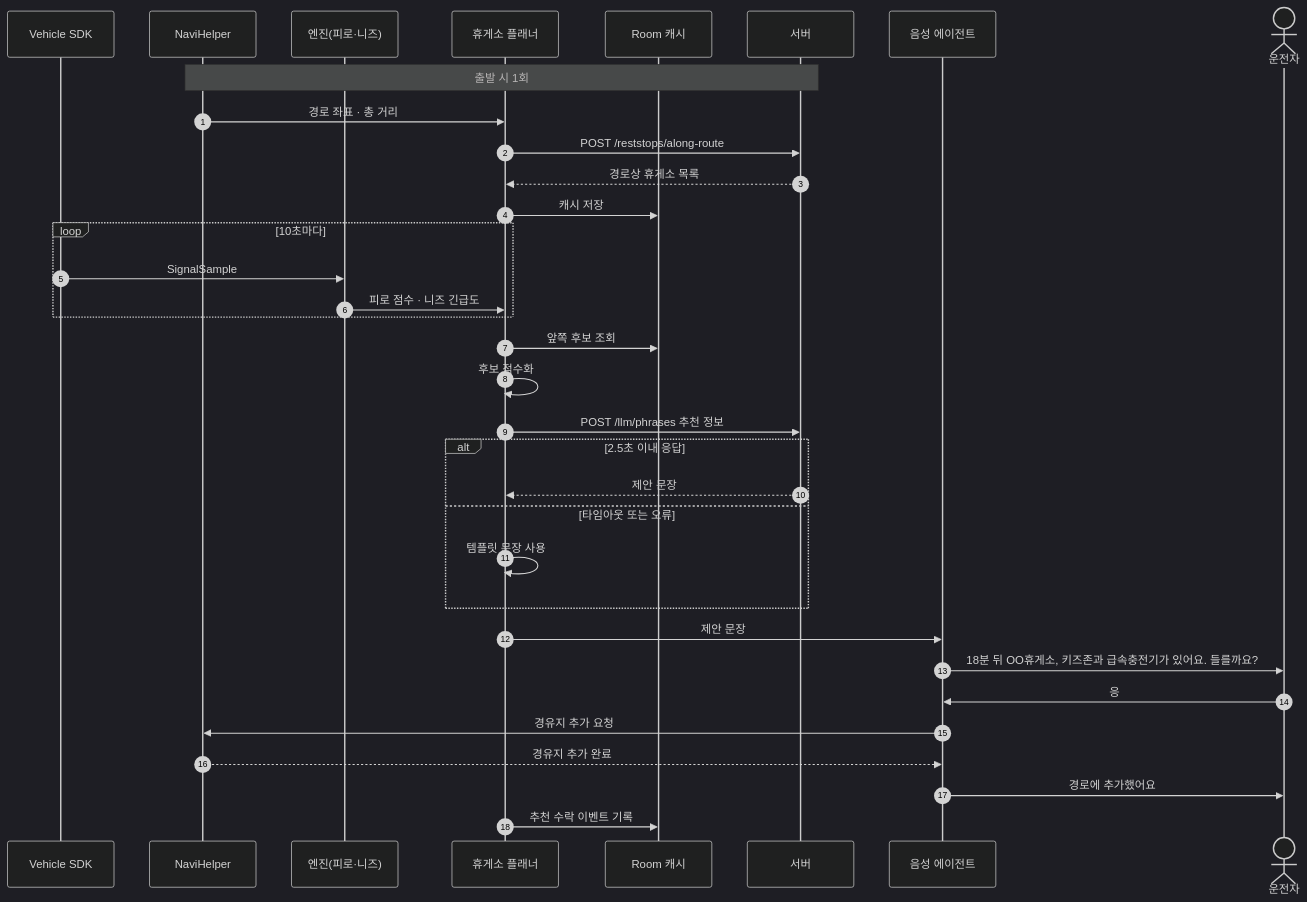
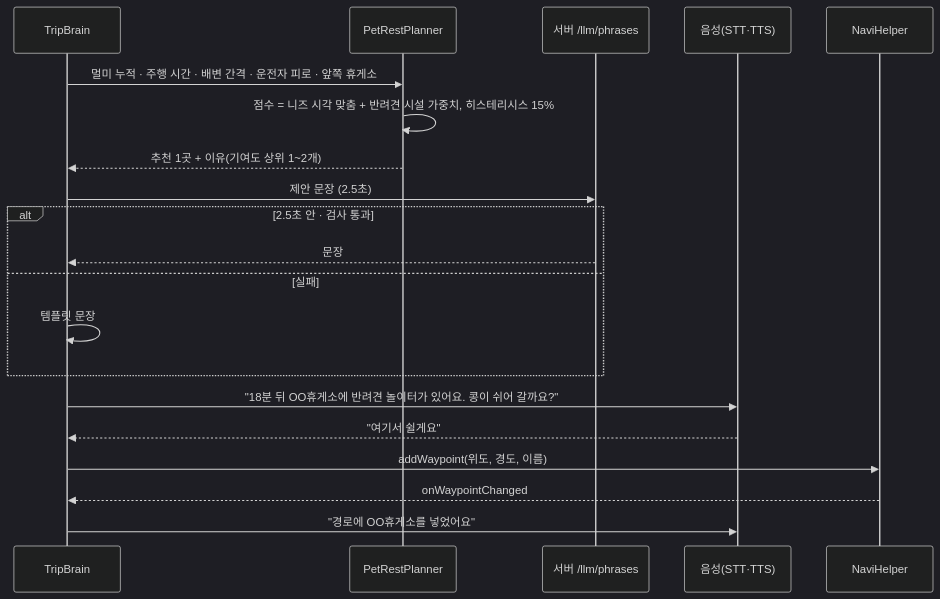
One commit to xuxtaku7610-del/every-moment-of-pause changed the third of 6 diagrams in flowchart.md. Above: the diagram before and after it, drawn with Mermaid (dark theme). The commit also changed other lines of this file and 159 other files, not shown here.

````diff
--- a/flowchart.md
+++ b/flowchart.md
@@ -41,39 +58,23 @@
 ```mermaid
 sequenceDiagram
-    autonumber
-    participant V as Vehicle SDK
-    participant N as NaviHelper
-    participant E as 엔진(피로·니즈)
-    participant P as 휴게소 플래너
-    participant DB as Room 캐시
-    participant S as 서버
-    participant VO as 음성 에이전트
-    actor D as 운전자
+    participant TB as TripBrain
+    participant PL as PetRestPlanner
+    participant LLM as 서버 /llm/phrases
+    participant V as 음성(STT·TTS)
+    participant NAV as NaviHelper
 
-    Note over N,S: 출발 시 1회
-    N->>P: 경로 좌표 · 총 거리
-    P->>S: POST /reststops/along-route
-    S-->>P: 경로상 휴게소 목록
-    P->>DB: 캐시 저장
-
-    loop 10초마다
-        V->>E: SignalSample
-        E->>P: 피로 점수 · 니즈 긴급도
+    TB->>PL: 멀미 누적 · 주행 시간 · 배변 간격 · 운전자 피로 · 앞쪽 휴게소
+    PL->>PL: 점수 = 니즈 시각 맞춤 + 반려견 시설 가중치, 히스테리시스 15%
+    PL-->>TB: 추천 1곳 + 이유(기여도 상위 1~2개)
+    TB->>LLM: 제안 문장 (2.5초)
+    alt 2.5초 안 · 검사 통과
+        LLM-->>TB: 문장
+    else 실패
+        TB->>TB: 템플릿 문장
     end
-
-    P->>DB: 앞쪽 후보 조회
-    P->>P: 후보 점수화
-    P->>S: POST /llm/phrases 추천 정보
-    alt 2.5초 이내 응답
-        S-->>P: 제안 문장
-    else 타임아웃 또는 오류
-        P->>P: 템플릿 문장 사용
-    end
-    P->>VO: 제안 문장
-    VO->>D: 18분 뒤 OO휴게소, 키즈존과 급속충전기가 있어요. 들를까요?
-    D->>VO: 응
-    VO->>N: 경유지 추가 요청
-    N-->>VO: 경유지 추가 완료
-    VO->>D: 경로에 추가했어요
-    P->>DB: 추천 수락 이벤트 기록
+    TB->>V: "18분 뒤 OO휴게소에 반려견 놀이터가 있어요. 콩이 쉬어 갈까요?"
+    V-->>TB: "여기서 쉴게요"
+    TB->>NAV: addWaypoint(위도, 경도, 이름)
+    NAV-->>TB: onWaypointChanged
+    TB->>V: "경로에 OO휴게소를 넣었어요"
 ```
````
